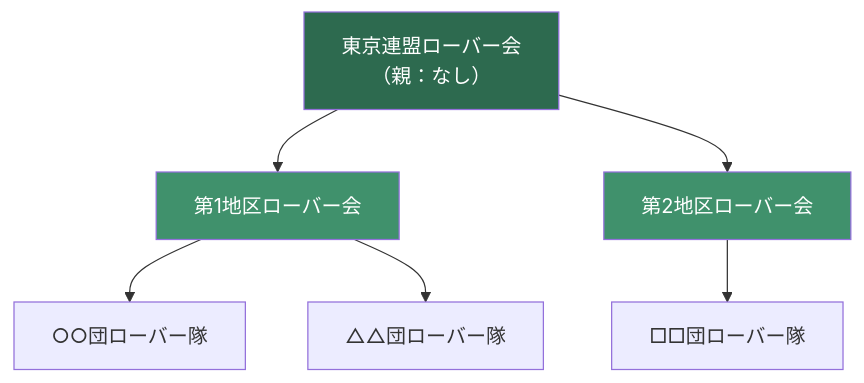
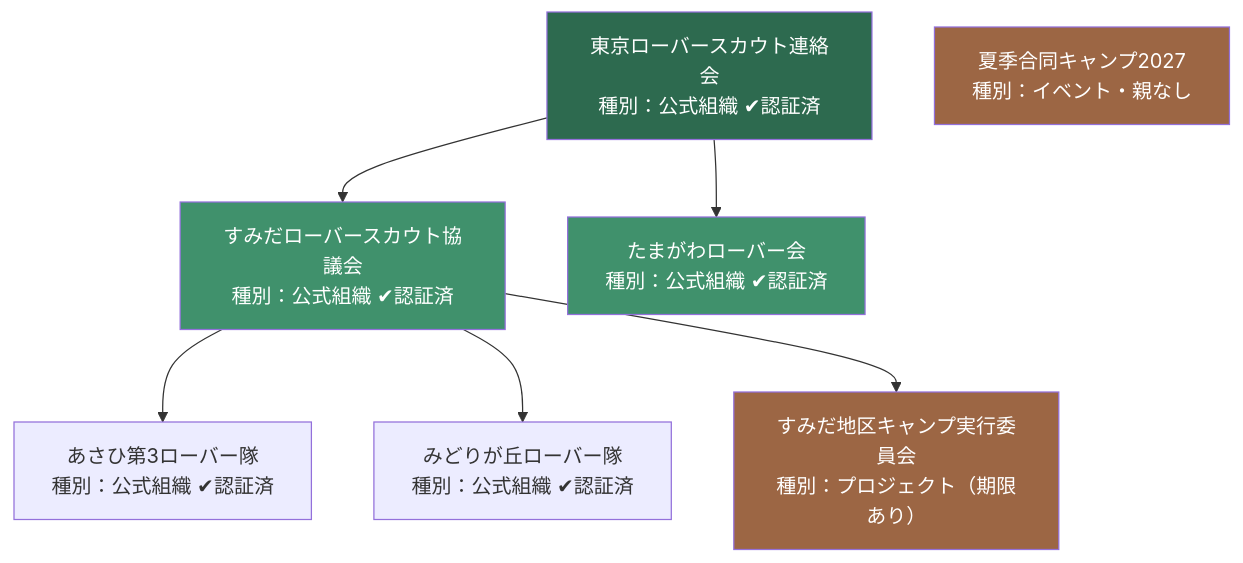
The seventh of 11 diagrams in docs/10_source/01_basic_design.md (GitHatake/RoveringNow), drawn with Mermaid before and after one commit. The commit also changed other lines of this file and 2 other files, not shown here.

````diff
--- a/docs/10_source/01_basic_design.md
+++ b/docs/10_source/01_basic_design.md
@@ -659,12 +819,15 @@
 ```mermaid
 flowchart TD
-    A["東京連盟ローバー会<br/>（親：なし）"] --> B["第1地区ローバー会"]
-    A --> C["第2地区ローバー会"]
-    B --> D["○○団ローバー隊"]
-    B --> E["△△団ローバー隊"]
-    C --> F["□□団ローバー隊"]
+    A["東京ローバースカウト連絡会<br/>種別：公式組織 ✔認証済"] --> B["すみだローバースカウト協議会<br/>種別：公式組織 ✔認証済"]
+    A --> C["たまがわローバー会<br/>種別：公式組織 ✔認証済"]
+    B --> D["あさひ第3ローバー隊<br/>種別：公式組織 ✔認証済"]
+    B --> E["みどりが丘ローバー隊<br/>種別：公式組織 ✔認証済"]
+    B --> P["すみだ地区キャンプ実行委員会<br/>種別：プロジェクト（期限あり）"]
+    X["夏季合同キャンプ2027<br/>種別：イベント・親なし"]
 
     style A fill:#2d6a4f,color:#fff
     style B fill:#40916c,color:#fff
     style C fill:#40916c,color:#fff
+    style P fill:#9c6644,color:#fff
+    style X fill:#9c6644,color:#fff
 ```
````
